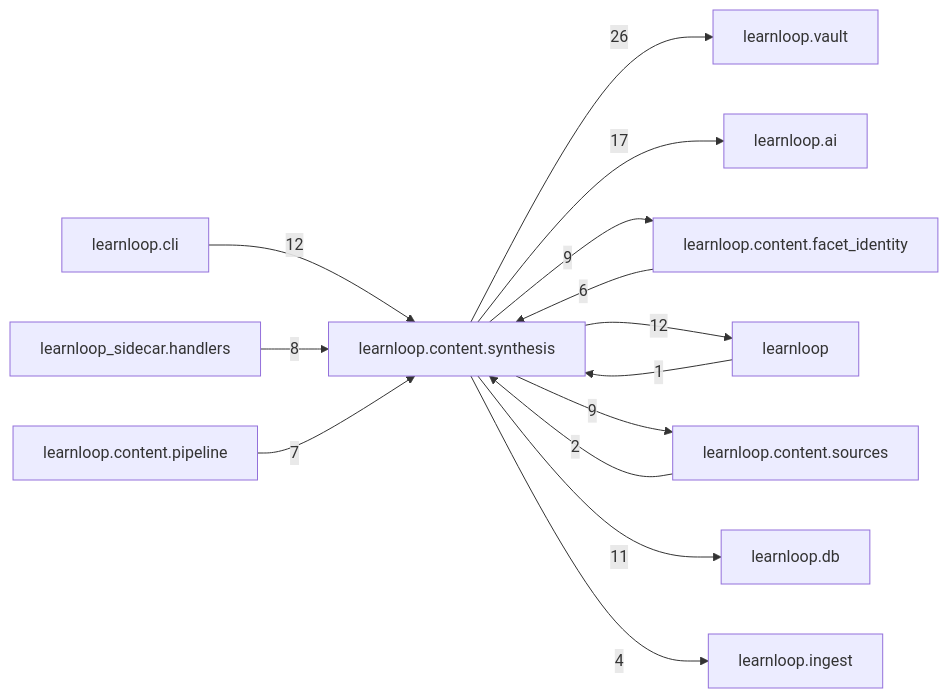
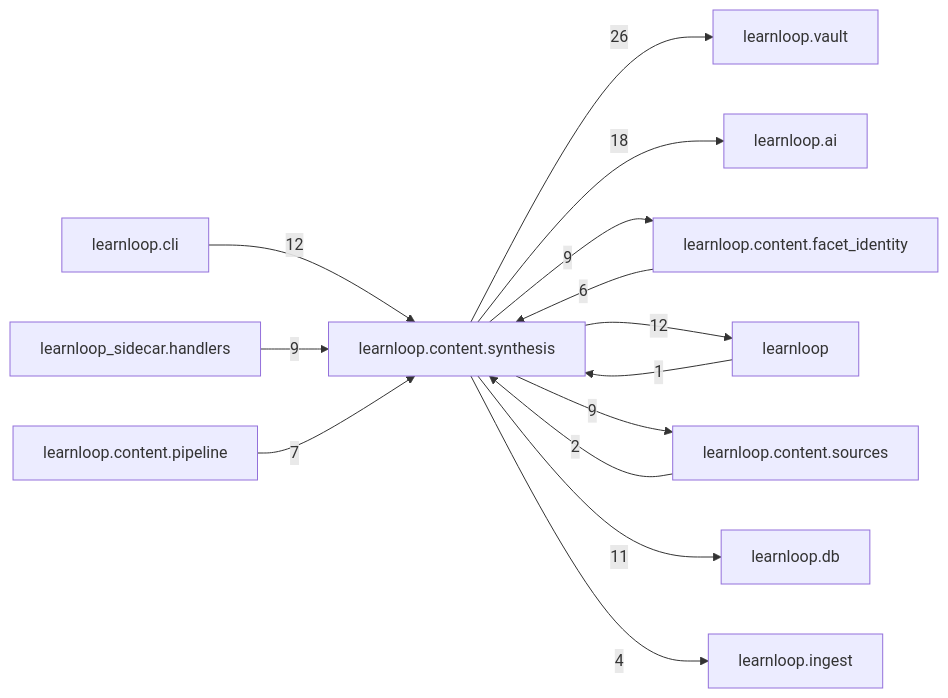
One commit to 6up-b/learnanything changed the diagram in docs/learnloop-architecture-vault/Reference/Modules/learnloop/content/synthesis/_package.md. Above: the diagram before and after it, drawn with Mermaid. The commit also changed other lines of this file and 29 other files, not shown here.

````diff
--- a/docs/learnloop-architecture-vault/Reference/Modules/learnloop/content/synthesis/_package.md
+++ b/docs/learnloop-architecture-vault/Reference/Modules/learnloop/content/synthesis/_package.md
@@ -122,27 +122,27 @@
 ```mermaid
 flowchart LR
     center["learnloop.content.synthesis"]
     n_learnloop_vault["learnloop.vault"]
     n_learnloop_ai["learnloop.ai"]
     n_learnloop_content_facet_identity["learnloop.content.facet_identity"]
     n_learnloop["learnloop"]
     n_learnloop_cli["learnloop.cli"]
     n_learnloop_content_sources["learnloop.content.sources"]
     n_learnloop_db["learnloop.db"]
     n_learnloop_sidecar_handlers["learnloop_sidecar.handlers"]
     n_learnloop_content_pipeline["learnloop.content.pipeline"]
     n_learnloop_ingest["learnloop.ingest"]
     center -->|26| n_learnloop_vault
-    center -->|17| n_learnloop_ai
+    center -->|18| n_learnloop_ai
     n_learnloop_content_facet_identity -->|6| center
     center -->|9| n_learnloop_content_facet_identity
     n_learnloop -->|1| center
     center -->|12| n_learnloop
     n_learnloop_cli -->|12| center
     n_learnloop_content_sources -->|2| center
     center -->|9| n_learnloop_content_sources
     center -->|11| n_learnloop_db
-    n_learnloop_sidecar_handlers -->|8| center
+    n_learnloop_sidecar_handlers -->|9| center
     n_learnloop_content_pipeline -->|7| center
     center -->|4| n_learnloop_ingest
 ```
````
